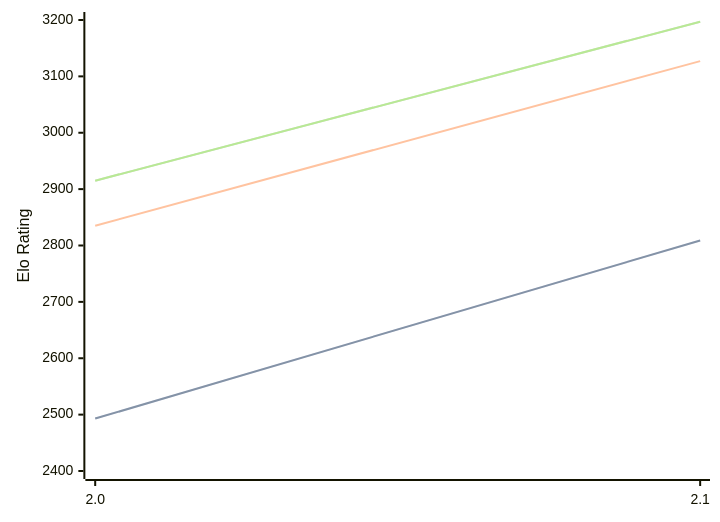
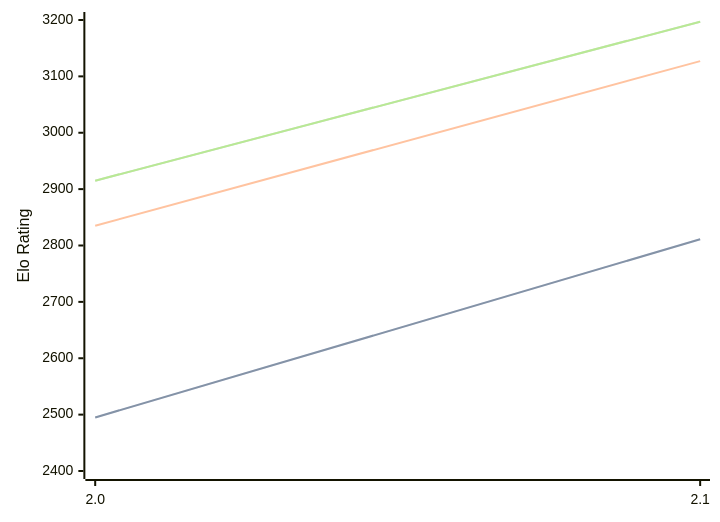
The first of 3 diagrams in engines/Tunguska.md (computer-chess-index/cci), drawn with Mermaid before and after one commit. The commit also changed other lines of this file, not shown here.

````diff
--- a/engines/Tunguska.md
+++ b/engines/Tunguska.md
@@ -32,11 +32,11 @@
 ```mermaid
 %%{init: {"theme":"base","themeVariables":{"seriesColors:['#a3a3a3','#222221','#faa371']}}}%%
 xychart-beta
   x-axis ["2.0", "2.1"]
   y-axis "Elo Rating" 2400 --> 3200
-  line "STC (8.0+0.08s)" [2493, 2809]
-  line "STC (8.0+0.08s)" [2493, 2809]
+  line "STC (8.0+0.08s)" [2495, 2811]
+  line "STC (8.0+0.08s)" [2495, 2811]
   line "LTC (60.0+0.60s)" [2835, 3127]
   line "VLTC (2m24s+1.12s)" [2915, 3197]
   line "VLTC (2m24s+1.12s)" [2915, 3197]
 ```
````
